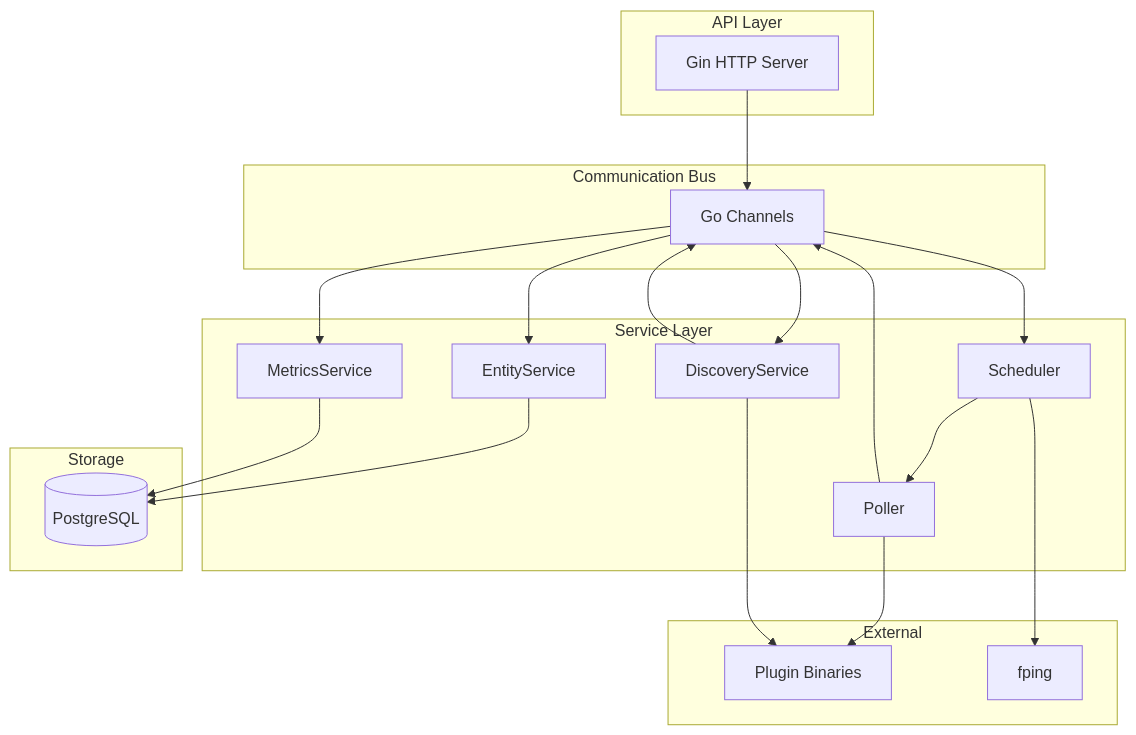
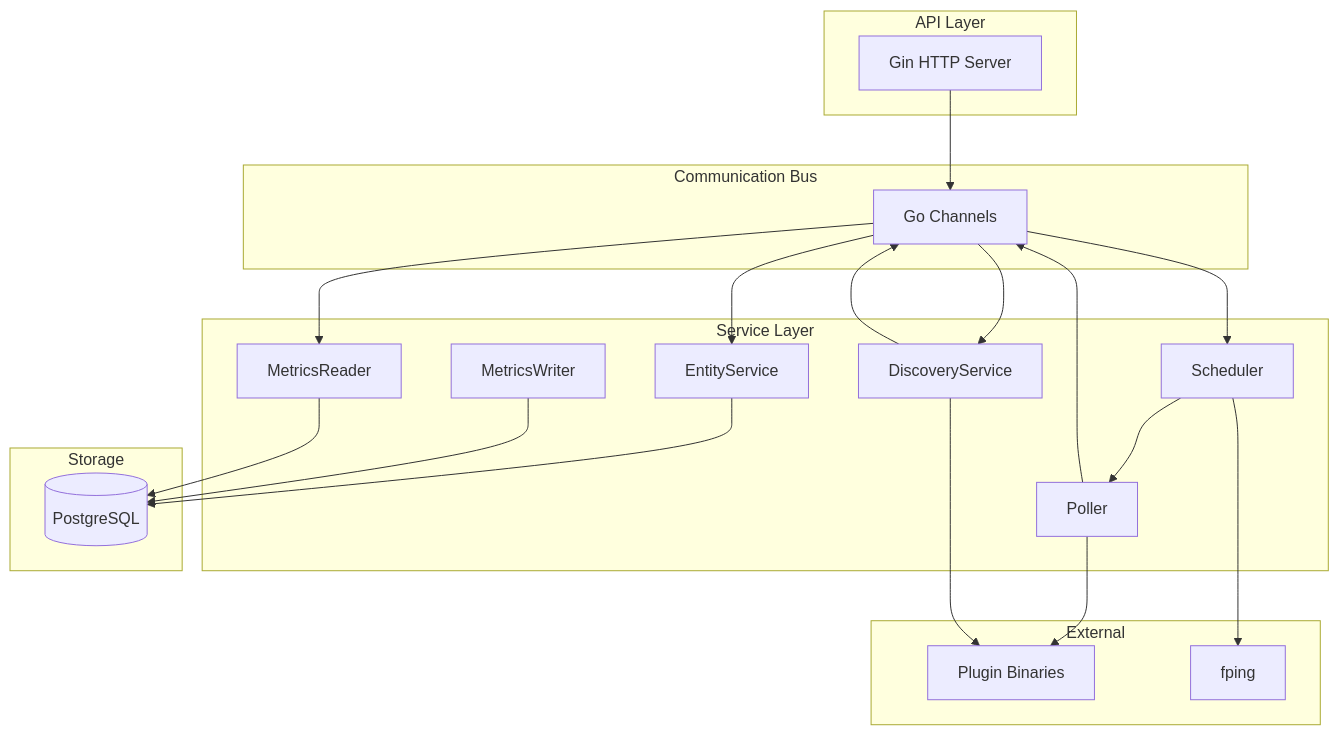
One commit to PremModhaOfficial/nms changed the first of 10 diagrams in ARCHITECTURE.md. Above: the diagram before and after it, drawn with Mermaid. The commit also changed other lines of this file and 8 other files, not shown here.

Commit message:
refactor: separation of metrics service (read vs write)

````diff
--- a/ARCHITECTURE.md
+++ b/ARCHITECTURE.md
@@ -21,44 +21,46 @@
 ```mermaid
 graph TB
     subgraph "API Layer"
         API[Gin HTTP Server]
     end
 
     subgraph "Communication Bus"
         CH[Go Channels]
     end
 
     subgraph "Service Layer"
         SCH[Scheduler]
         POL[Poller]
         DISC[DiscoveryService]
         ES[EntityService]
-        MS[MetricsService]
+        MW[MetricsWriter]
+        MR[MetricsReader]
     end
 
     subgraph "Storage"
         PG[(PostgreSQL)]
     end
 
     subgraph "External"
         PLUGINS[Plugin Binaries]
         FPING[fping]
     end
 
     API --> CH
     CH --> SCH
     CH --> DISC
     CH --> ES
-    CH --> MS
+    CH --> MR
 
     SCH --> POL
     POL --> CH
     DISC --> CH
 
     POL --> PLUGINS
     DISC --> PLUGINS
     SCH --> FPING
 
     ES --> PG
-    MS --> PG
+    MW --> PG
+    MR --> PG
 ```
````
